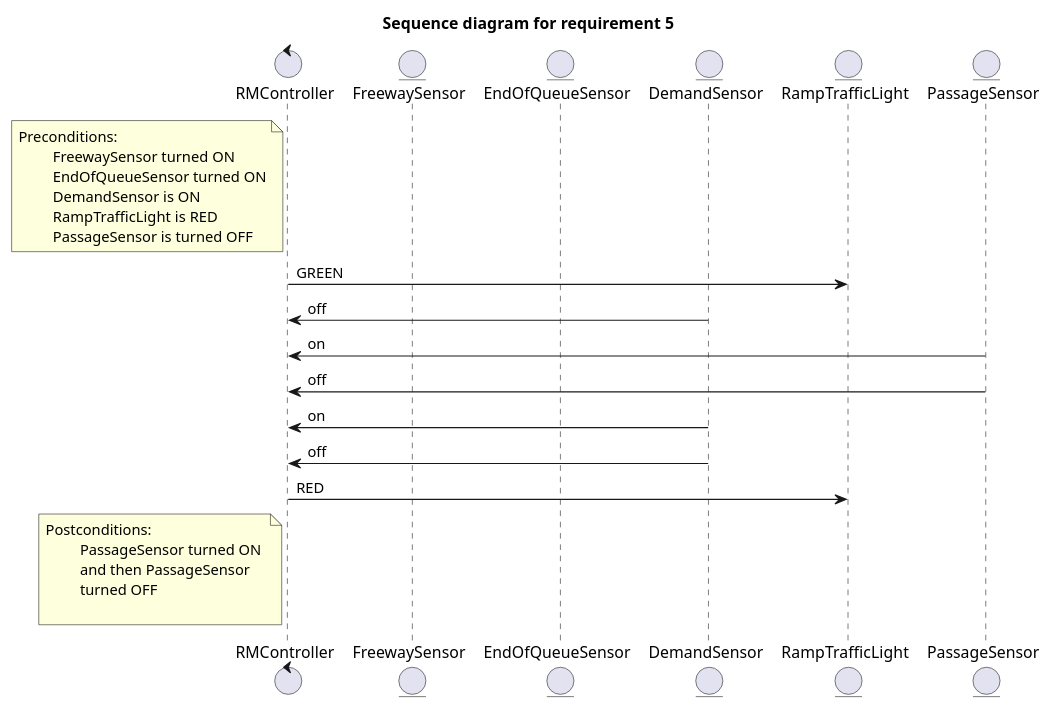
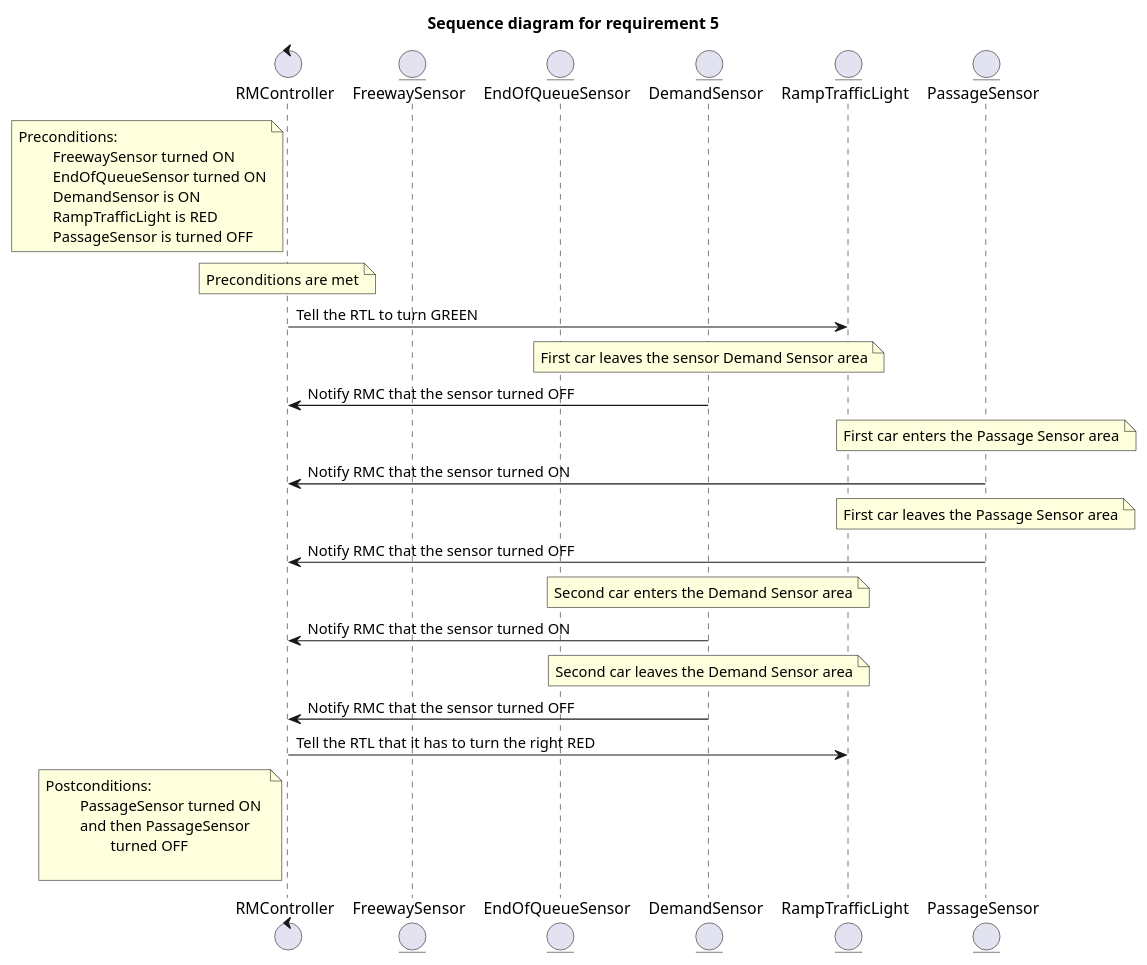
One commit to MaksimKarnaukh/MoSIS changed the diagram in 01_RequirementsChecking/sequence_diagram_req5.puml. Above: the diagram before and after it, drawn with PlantUML. The commit also changed 1 other file, not shown here.

```diff
--- a/01_RequirementsChecking/sequence_diagram_req5.puml
+++ b/01_RequirementsChecking/sequence_diagram_req5.puml
@@ -1,39 +1,45 @@
 @startuml
 
 '5) When the FS is ON and the QS is ON,
 'if DS is turned ON, it indicates intense traffic over the ramp.
 'In this scenario, two cars must cross the TL before it turns RED.
 'Then, set TL to GREEN. After DS is OFF, ON and OFF (two cars),
 'turn TL to RED.
 
 title "Sequence diagram for requirement 5"
 
 control RMController as RMC
 entity FreewaySensor as FS
 entity EndOfQueueSensor as QS
 entity DemandSensor as DS
 entity RampTrafficLight as RTL
 entity PassageSensor as PS
 
 note left of RMC: Preconditions:\n\t FreewaySensor turned ON\n\t EndOfQueueSensor turned ON\n\t DemandSensor is ON\n\t RampTrafficLight is RED\n\t PassageSensor is turned OFF
 
 'below commented lines not explicitly needed because they are part of the preconditions
 'FS -> RMC: on
 'QS -> RMC: on
 'DS -> RMC: on
 
-RMC -> RTL: GREEN
+note over RMC: Preconditions are met
+RMC -> RTL: Tell the RTL to turn GREEN
 
-DS -> RMC: off
+note over DS: First car leaves the sensor Demand Sensor area
+DS -> RMC: Notify RMC that the sensor turned OFF
 
-PS -> RMC: on
-PS -> RMC: off
+note over PS: First car enters the Passage Sensor area
+PS -> RMC: Notify RMC that the sensor turned ON
+note over PS: First car leaves the Passage Sensor area
+PS -> RMC: Notify RMC that the sensor turned OFF
 
-DS -> RMC: on
-DS -> RMC: off
+note over DS: Second car enters the Demand Sensor area
+DS -> RMC: Notify RMC that the sensor turned ON
+note over DS: Second car leaves the Demand Sensor area
+DS -> RMC: Notify RMC that the sensor turned OFF
 
-RMC -> RTL: RED
+RMC -> RTL: Tell the RTL that it has to turn the right RED
 
-note left of RMC: Postconditions:\n\t PassageSensor turned ON \n\t and then PassageSensor \n\t turned OFF\n\t
+note left of RMC: Postconditions:\n\t PassageSensor turned ON \n\t and then PassageSensor \n\t\t turned OFF\n\t
 
 @enduml
```
